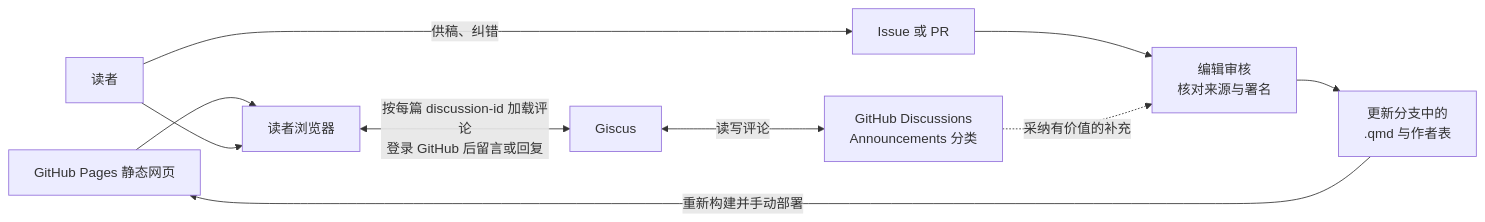
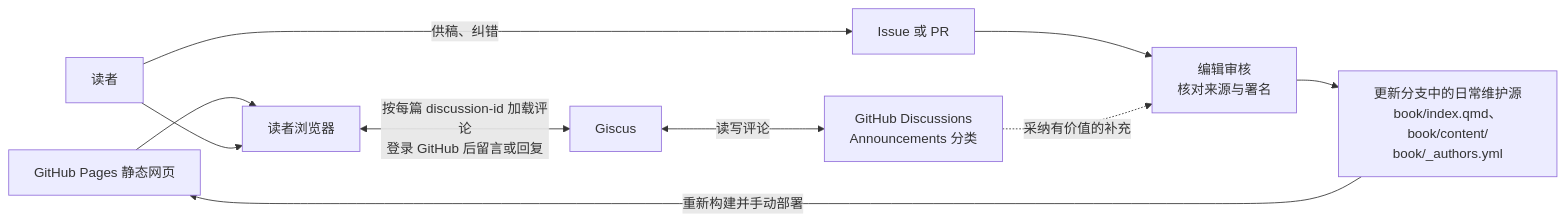
Before and after one commit to xp-pgrs-unofficial-guide/xp_pgrs_unofficial_guide: the second of 2 diagrams in docs/data-flow.md, drawn with Mermaid. The commit also changed other lines of this file and 134 other files, not shown here.

````diff
--- a/docs/data-flow.md
+++ b/docs/data-flow.md
@@ -60,13 +60,13 @@
 ```mermaid
 flowchart LR
     PAGES["GitHub Pages 静态网页"] --> BROWSER["读者浏览器"]
     BROWSER <-->|"按每篇 discussion-id 加载评论<br/>登录 GitHub 后留言或回复"| GISCUS["Giscus"]
     GISCUS <-->|"读写评论"| DISC["GitHub Discussions<br/>Announcements 分类"]
 
     READER["读者"] --> BROWSER
     READER -->|"供稿、纠错"| SUBMIT["Issue 或 PR"]
     SUBMIT --> EDITOR["编辑审核<br/>核对来源与署名"]
     DISC -.->|"采纳有价值的补充"| EDITOR
-    EDITOR --> SRC["更新分支中的<br/>.qmd 与作者表"]
+    EDITOR --> SRC["更新分支中的日常维护源<br/>book/index.qmd、book/content/<br/>book/_authors.yml"]
     SRC -->|"重新构建并手动部署"| PAGES
 ```
````
